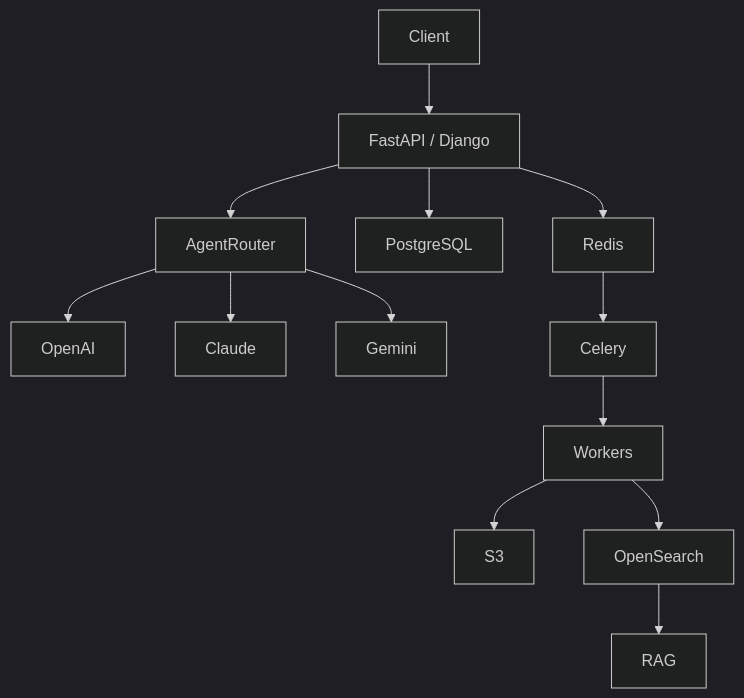
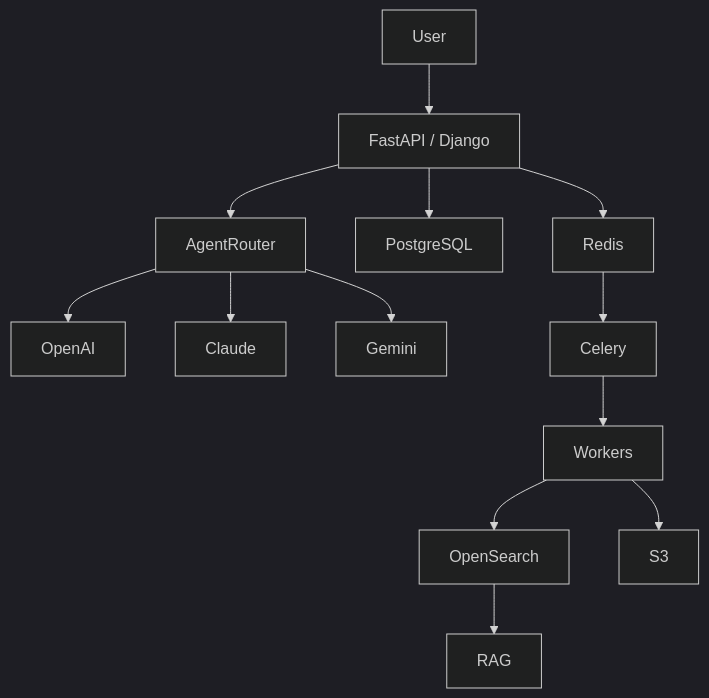
Before and after one commit to Khushichopra5/khushichopra5: the diagram in README.md, drawn with Mermaid (dark theme). The commit also changed other lines of this file, not shown here.

````diff
--- a/README.md
+++ b/README.md
@@ -67,25 +52,25 @@
 ```mermaid
 graph TD
 
-Client --> API
+User --> API
 
 API[FastAPI / Django]
 
 API --> Redis
 API --> PostgreSQL
 
 API --> AgentRouter
 
 AgentRouter --> OpenAI
 AgentRouter --> Claude
 AgentRouter --> Gemini
 
 Redis --> Celery
 
 Celery --> Workers
 
+Workers --> OpenSearch
 Workers --> S3
-Workers --> OpenSearch
 
 OpenSearch --> RAG
 ```
````
